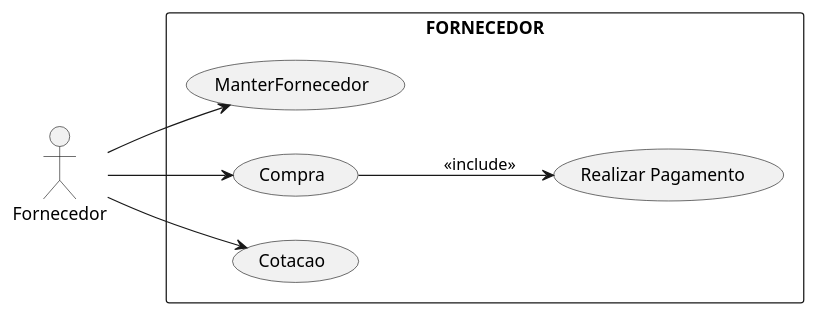
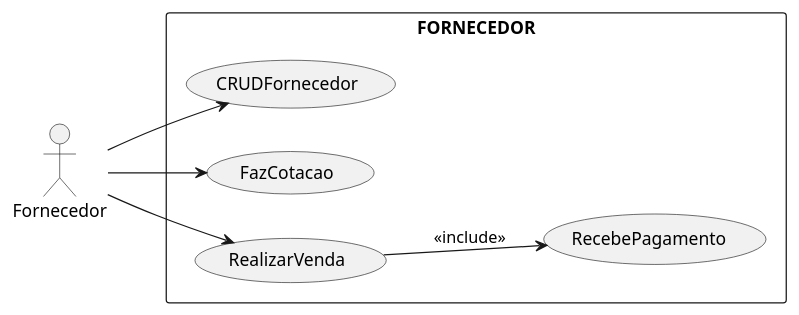
Before and after one commit to jmcardoso18/2025.1-PI-2-Semestre: the diagram in Diagramas/CuFornecedor.plantuml, drawn with PlantUML. The commit also changed 2 other files, not shown here.

Commit message:
Atualizacao dos diagramas de caso e uso

```diff
--- a/Diagramas/CuFornecedor.plantuml
+++ b/Diagramas/CuFornecedor.plantuml
@@ -1,14 +1,15 @@
 @startuml
 left to right direction
 actor "Fornecedor" as Fornecedor
 rectangle "FORNECEDOR"{
-    usecase "ManterFornecedor"as UC2
-    usecase "Compra" as UC8
-    usecase "Realizar Pagamento " as UC7
-    usecase "Cotacao" as UC5  
+    usecase "CRUDFornecedor"as UC2
+    usecase "FazCotacao" as UC5
+    usecase "RealizarVenda" as UC8
+    usecase "RecebePagamento " as UC7
+
 }
 Fornecedor --> UC2
 Fornecedor --> UC5
 Fornecedor --> UC8
 UC8 --> UC7:<<include>>
 @enduml
```
